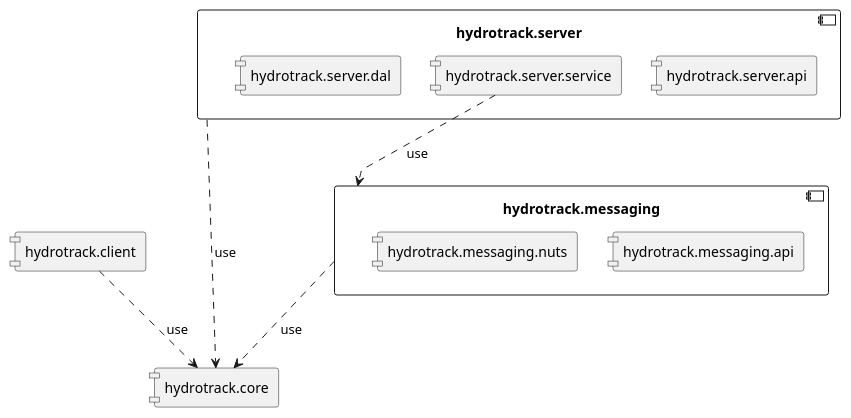
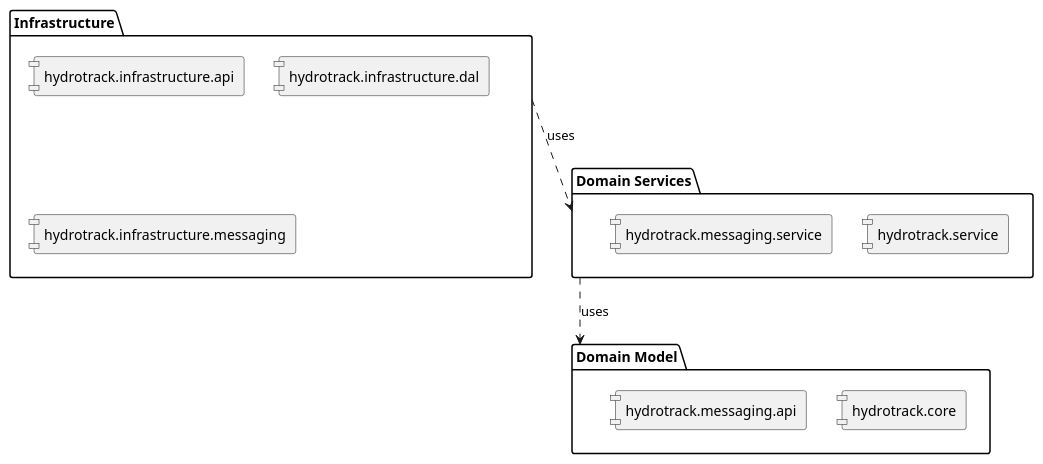
The diagram in schemas/uml/package/package.puml (laurenci/hydrotrack), drawn with PlantUML before and after one commit. The commit also changed 30 other files, not shown here.

```diff
--- a/schemas/uml/package/package.puml
+++ b/schemas/uml/package/package.puml
@@ -1,23 +1,27 @@
 @startuml
 skinparam linetype polyline
 skinparam componentStyle uml1
 
-component hydrotrack.core
-component hydrotrack.client
 
-component hydrotrack.server {
-    component hydrotrack.server.api
-    component hydrotrack.server.service
-    component hydrotrack.server.dal
+package "Domain Model" as dm {
+    component hydrotrack.core
+    component hydrotrack.messaging.api
 }
 
-component hydrotrack.messaging {
-    component hydrotrack.messaging.api
-    component hydrotrack.messaging.nuts
+package "Domain Services" as ds {
+    component hydrotrack.service
+    component hydrotrack.messaging.service
 }
 
-hydrotrack.server ..> hydrotrack.core : "use"
-hydrotrack.client ..> hydrotrack.core : "use"
-hydrotrack.messaging ..> hydrotrack.core : "use"
-hydrotrack.server.service ..> hydrotrack.messaging : "use"
+
+
+package Infrastructure as infr {
+    component hydrotrack.infrastructure.api
+    component hydrotrack.infrastructure.dal
+    component hydrotrack.infrastructure.messaging
+}
+
+ds .down.> dm : "uses"
+infr .down.> ds : "uses"
+
 @enduml
```
